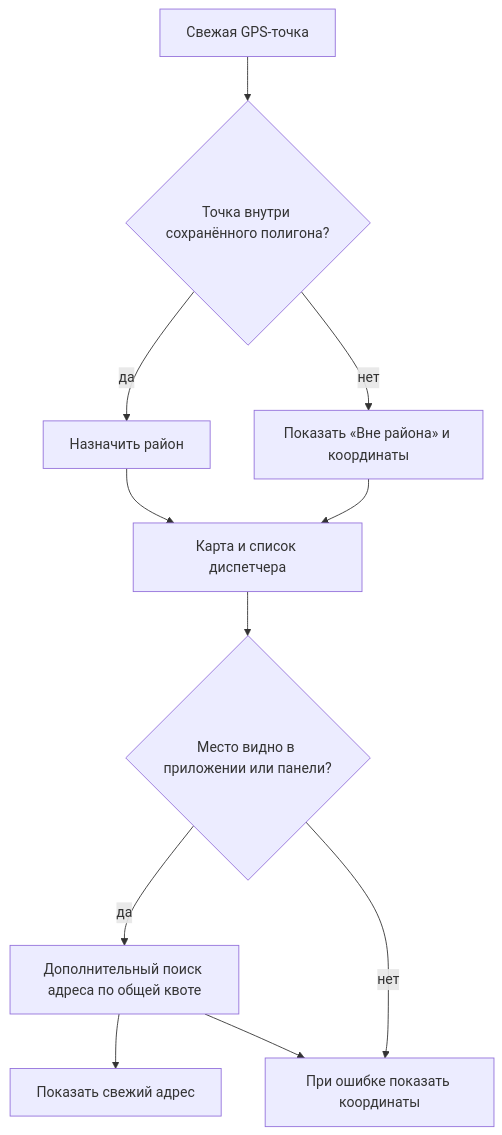
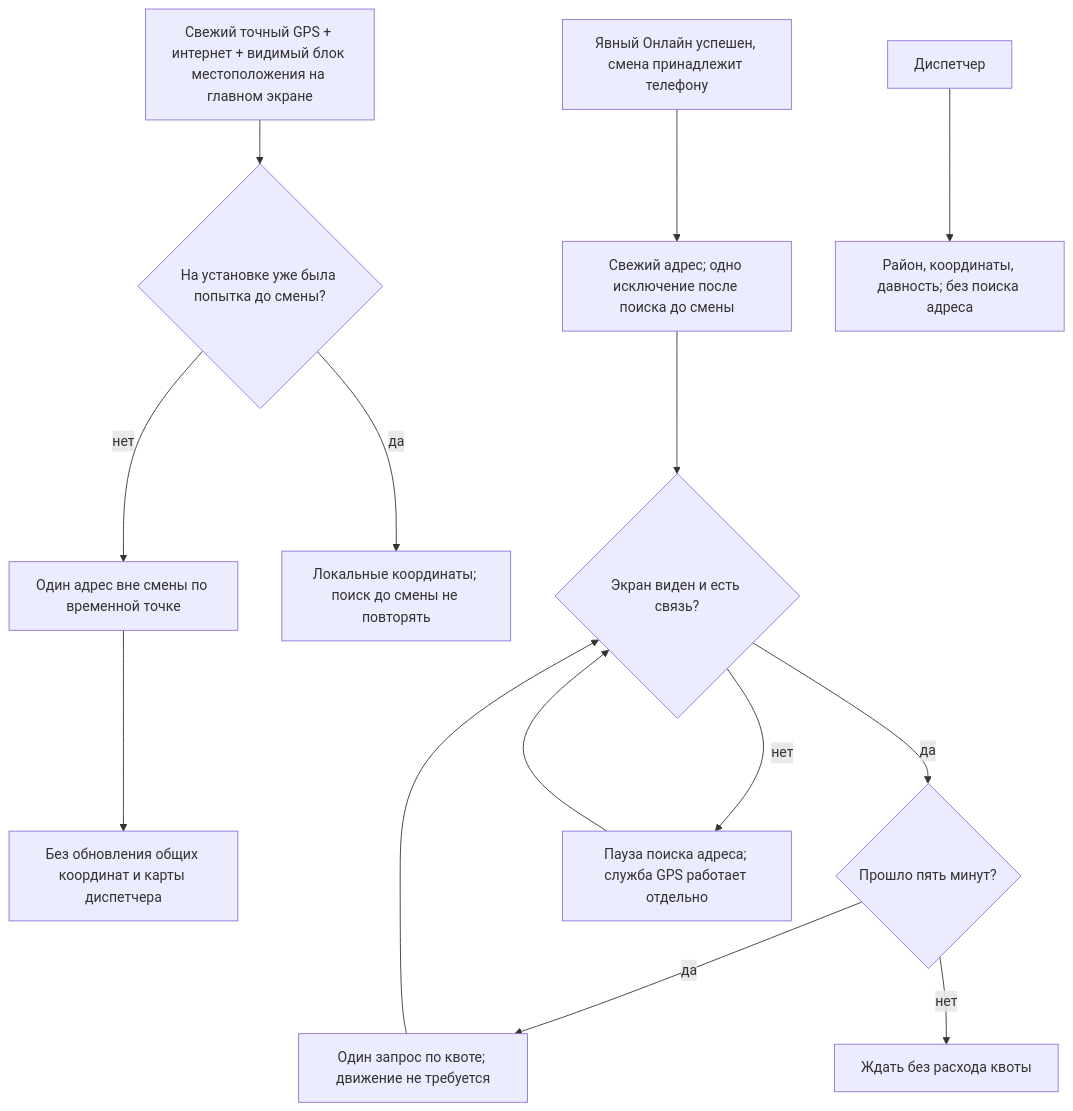
One commit to bagtyyarkovusov/tayyn-hyzmat-project changed the seventh of 12 diagrams in docs/guide/flows.ru.md. Above: the diagram before and after it, drawn with Mermaid. The commit also changed other lines of this file and 44 other files, not shown here.

````diff
--- a/docs/guide/flows.ru.md
+++ b/docs/guide/flows.ru.md
@@ -113,13 +127,16 @@
 ```mermaid
 flowchart TD
-  G[Свежая GPS-точка] --> R{Точка внутри сохранённого полигона?}
-  R -- да --> RI[Назначить район]
-  R -- нет --> RO[Показать «Вне района» и координаты]
-  RI --> M[Карта и список диспетчера]
-  RO --> M
-  M --> V{Место видно в приложении или панели?}
-  V -- да --> L[Дополнительный поиск адреса по общей квоте]
-  V -- нет --> C[Оставить только GPS]
-  L --> A[Показать свежий адрес]
-  L --> C[При ошибке показать координаты]
+  G[Свежий точный GPS + интернет + видимый блок местоположения на главном экране] --> C{На установке уже была попытка до смены?}
+  C -- нет --> O[Один адрес вне смены по временной точке]
+  C -- да --> L[Локальные координаты; поиск до смены не повторять]
+  O --> N[Без обновления общих координат и карты диспетчера]
+  S[Явный Онлайн успешен, смена принадлежит телефону] --> A[Свежий адрес; одно исключение после поиска до смены]
+  A --> V{Экран виден и есть связь?}
+  V -- да --> D{Прошло пять минут?}
+  D -- да --> Q[Один запрос по квоте; движение не требуется]
+  D -- нет --> W[Ждать без расхода квоты]
+  V -- нет --> P[Пауза поиска адреса; служба GPS работает отдельно]
+  P --> V
+  Q --> V
+  M[Диспетчер] --> X[Район, координаты, давность; без поиска адреса]
 ```
````
